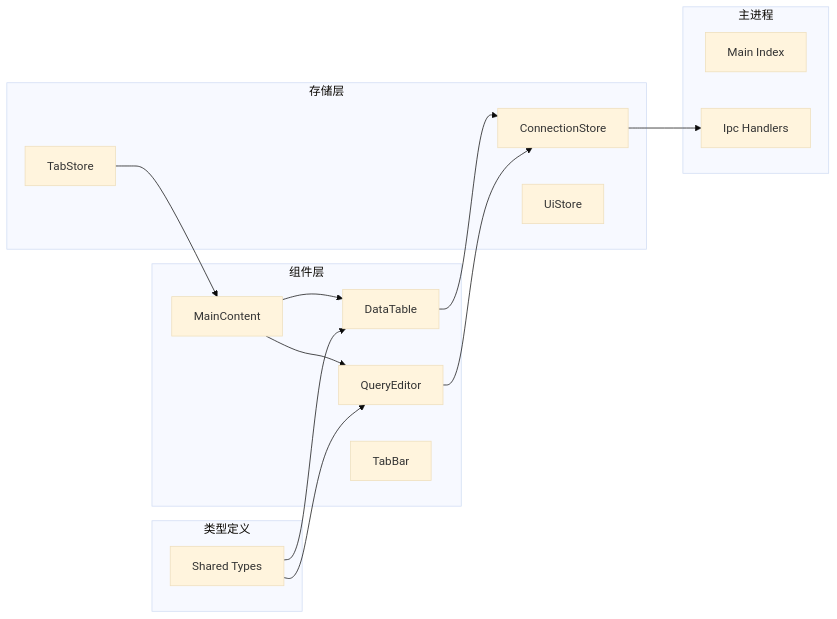
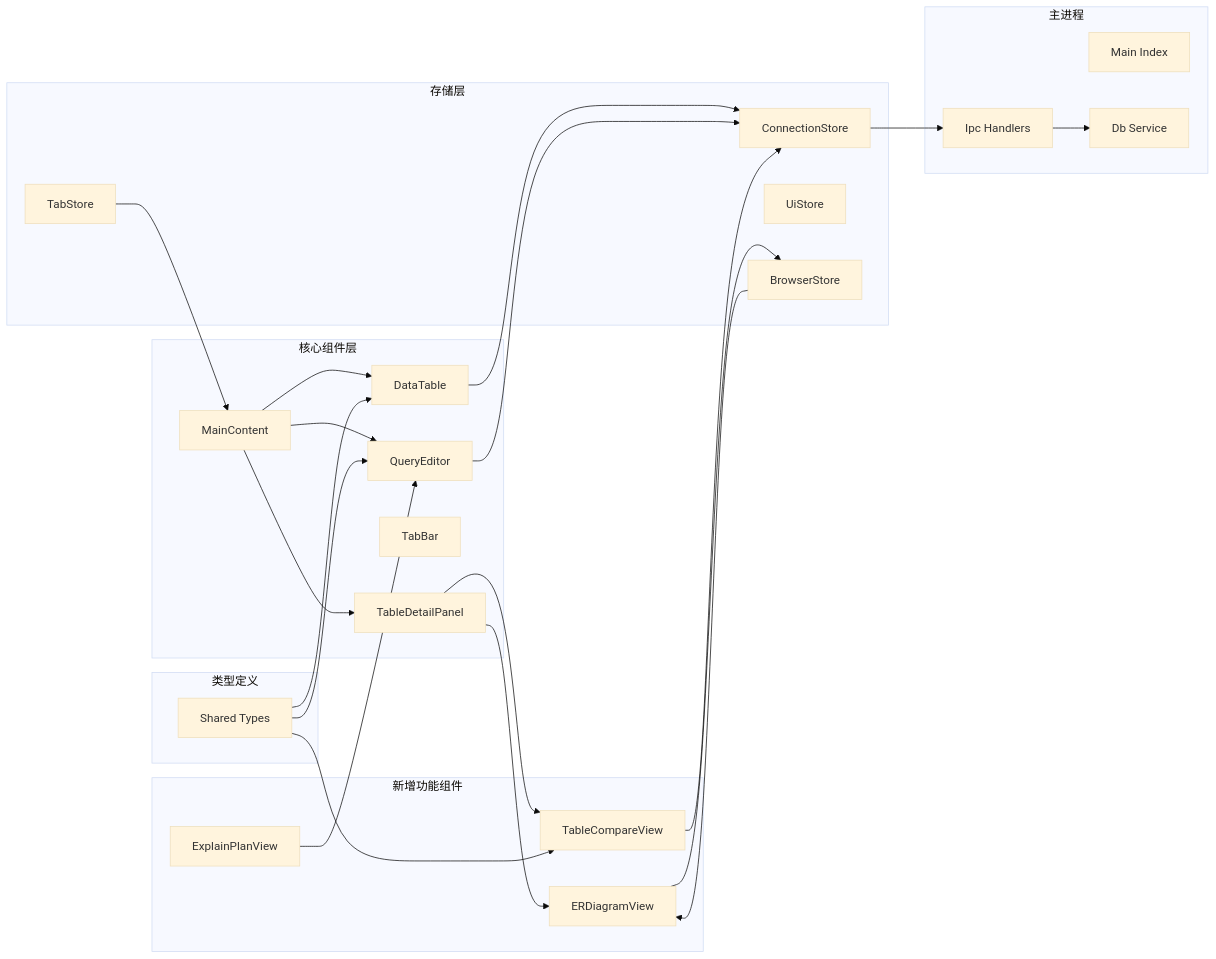
One commit to wwenbo2048/nexsql changed diagram 17 of 19 in .qoder/repowiki/zh/content/前端组件系统/数据表格组件.md. Above: the diagram before and after it, drawn with Mermaid (base theme). The commit also changed other lines of this file and 19 other files, not shown here.

````diff
--- a/.qoder/repowiki/zh/content/前端组件系统/数据表格组件.md
+++ b/.qoder/repowiki/zh/content/前端组件系统/数据表格组件.md
@@ -496,29 +675,46 @@
 ```mermaid
 graph LR
-subgraph "组件层"
+subgraph "核心组件层"
 DataTable[DataTable]
 QueryEditor[QueryEditor]
 MainContent[MainContent]
 TabBar[TabBar]
+TableDetailPanel[TableDetailPanel]
+end
+subgraph "新增功能组件"
+ERDiagramView[ERDiagramView]
+ExplainPlanView[ExplainPlanView]
+TableCompareView[TableCompareView]
 end
 subgraph "存储层"
 ConnectionStore[ConnectionStore]
 TabStore[TabStore]
 UiStore[UiStore]
+BrowserStore[BrowserStore]
 end
 subgraph "类型定义"
 SharedTypes[Shared Types]
 end
 subgraph "主进程"
 MainIndex[Main Index]
 IpcHandlers[Ipc Handlers]
+DbService[Db Service]
 end
 DataTable --> ConnectionStore
 QueryEditor --> ConnectionStore
+TableDetailPanel --> TableCompareView
+TableDetailPanel --> ERDiagramView
+ERDiagramView --> BrowserStore
+ExplainPlanView --> QueryEditor
+TableCompareView --> ConnectionStore
 MainContent --> DataTable
 MainContent --> QueryEditor
+MainContent --> TableDetailPanel
 ConnectionStore --> IpcHandlers
 TabStore --> MainContent
+BrowserStore --> ERDiagramView
 SharedTypes --> DataTable
 SharedTypes --> QueryEditor
+SharedTypes --> TableCompareView
+IpcHandlers --> DbService
 ```
````
